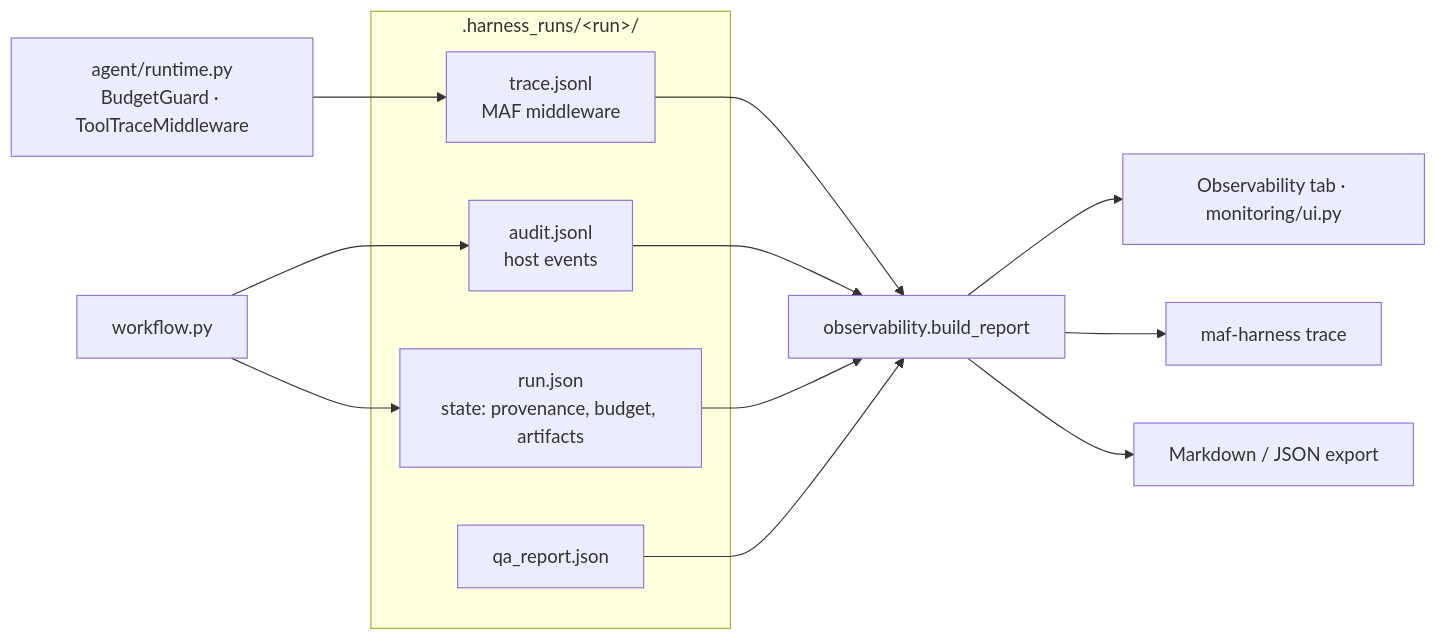
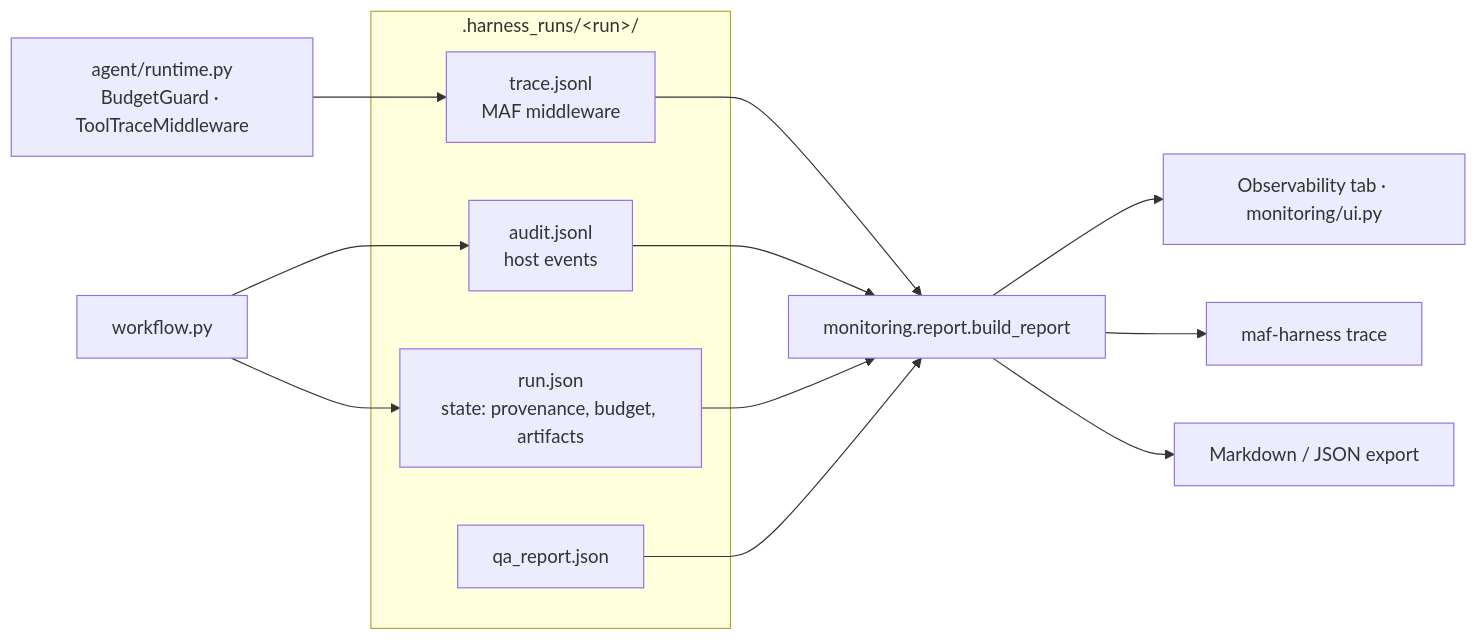
One commit to sarveshtalele/maf-harness-testing changed the diagram in docs/OBSERVABILITY.md. Above: the diagram before and after it, drawn with Mermaid. The commit also changed other lines of this file and 18 other files, not shown here.

````diff
--- a/docs/OBSERVABILITY.md
+++ b/docs/OBSERVABILITY.md
@@ -27,19 +27,19 @@
 ```mermaid
 flowchart LR
   subgraph run[".harness_runs/&lt;run&gt;/"]
     T[trace.jsonl<br/>MAF middleware]
     A[audit.jsonl<br/>host events]
     R[run.json<br/>state: provenance, budget, artifacts]
     Q[qa_report.json]
   end
   RT[agent/runtime.py<br/>BudgetGuard · ToolTraceMiddleware] --> T
   WF[workflow.py] --> A
   WF --> R
-  T --> B[observability.build_report]
+  T --> B[monitoring.report.build_report]
   A --> B
   R --> B
   Q --> B
   B --> UI[Observability tab · monitoring/ui.py]
   B --> CLI[maf-harness trace]
   B --> MD[Markdown / JSON export]
 ```
````
